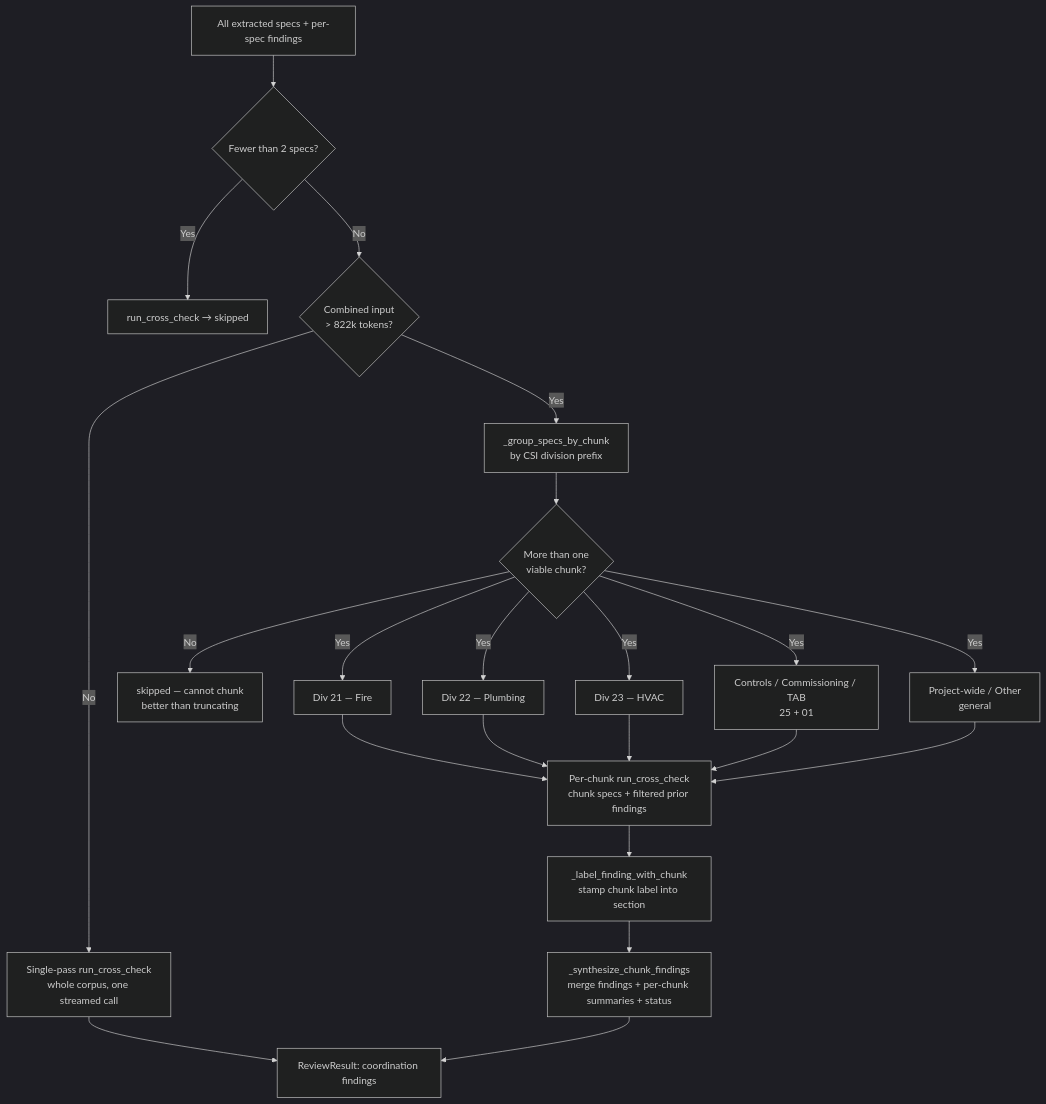
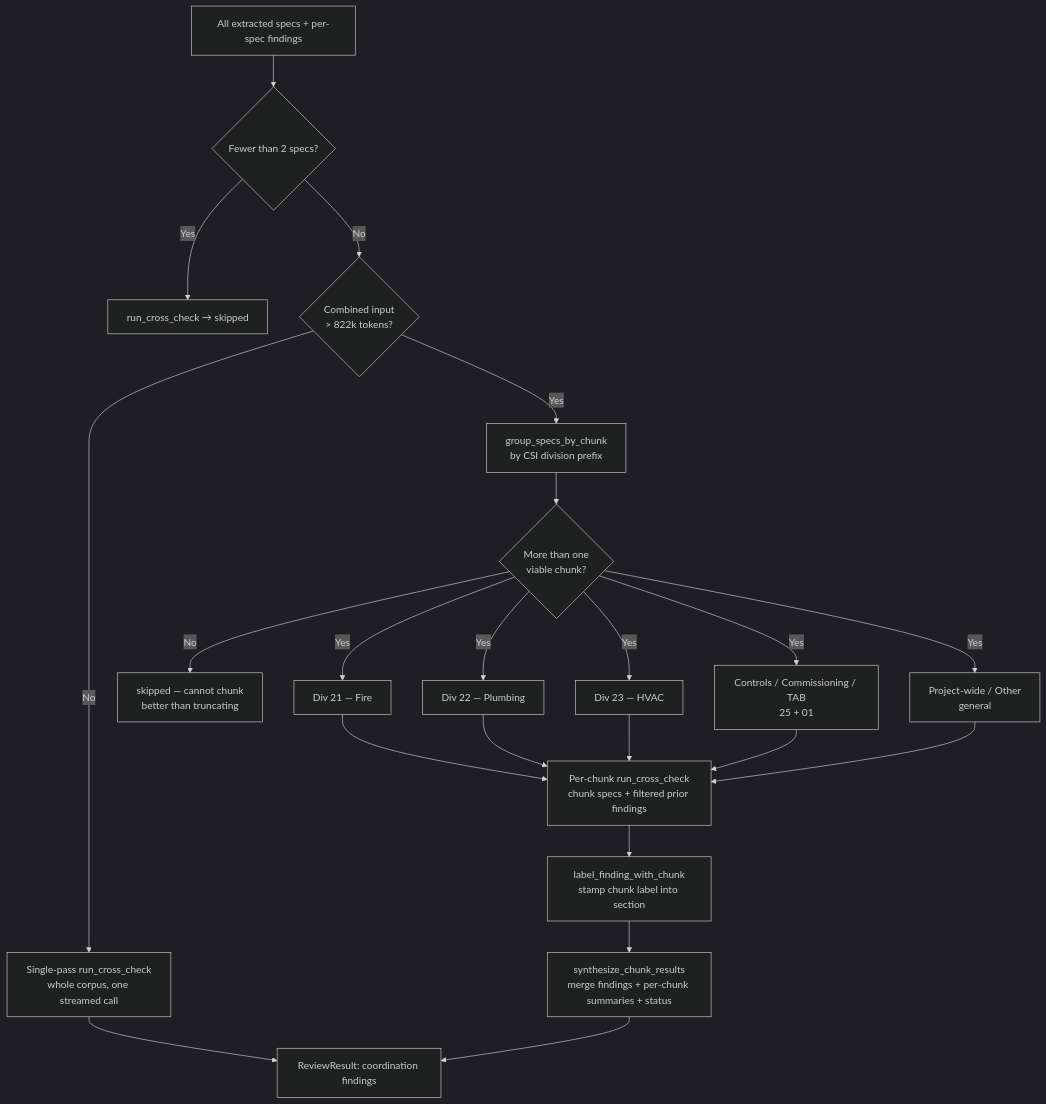
The diagram in handbook/08_cross_spec_coordination.md (Abe-Borg/Claude-Spec-Critic), drawn with Mermaid (dark theme) before and after one commit. The commit also changed other lines of this file and 1 other file, not shown here.

````diff
--- a/handbook/08_cross_spec_coordination.md
+++ b/handbook/08_cross_spec_coordination.md
@@ -163,20 +163,20 @@
 ```mermaid
 flowchart TD
     A[All extracted specs + per-spec findings] --> B{Fewer than 2 specs?}
     B -- Yes --> Z[run_cross_check &rarr; skipped]
     B -- No --> C{Combined input<br/>&gt; 822k tokens?}
     C -- No --> D[Single-pass run_cross_check<br/>whole corpus, one streamed call]
-    C -- Yes --> E[_group_specs_by_chunk<br/>by CSI division prefix]
+    C -- Yes --> E[group_specs_by_chunk<br/>by CSI division prefix]
     E --> F{More than one<br/>viable chunk?}
     F -- No --> Y[skipped &mdash; cannot chunk<br/>better than truncating]
     F -- Yes --> G1[Div 21 &mdash; Fire]
     F -- Yes --> G2[Div 22 &mdash; Plumbing]
     F -- Yes --> G3[Div 23 &mdash; HVAC]
     F -- Yes --> G4[Controls / Commissioning / TAB<br/>25 + 01]
     F -- Yes --> G5[Project-wide / Other<br/>general]
     G1 & G2 & G3 & G4 & G5 --> H[Per-chunk run_cross_check<br/>chunk specs + filtered prior findings]
-    H --> I[_label_finding_with_chunk<br/>stamp chunk label into section]
-    I --> J[_synthesize_chunk_findings<br/>merge findings + per-chunk summaries + status]
+    H --> I[label_finding_with_chunk<br/>stamp chunk label into section]
+    I --> J[synthesize_chunk_results<br/>merge findings + per-chunk summaries + status]
     D --> K[ReviewResult: coordination findings]
     J --> K
 ```
````
